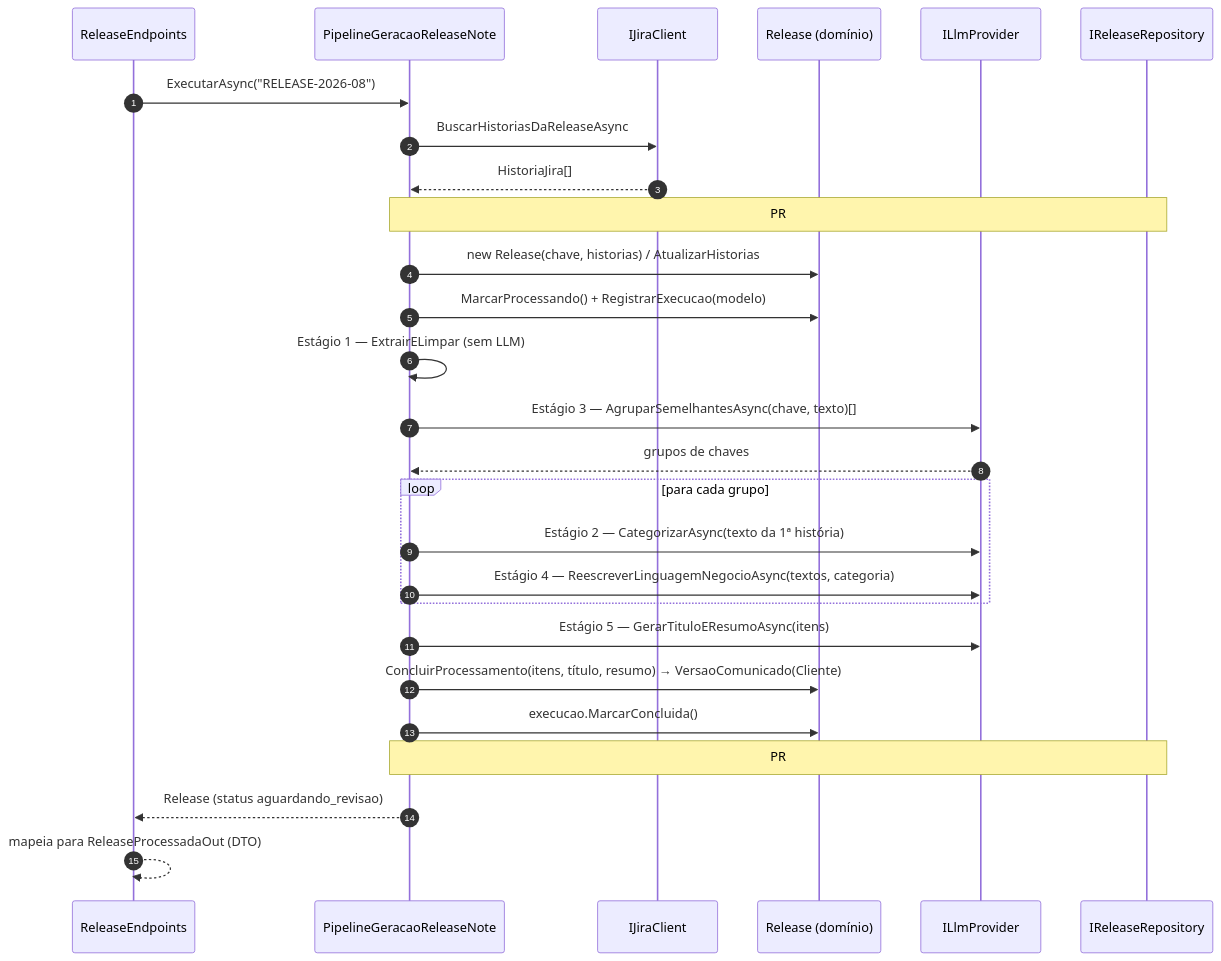
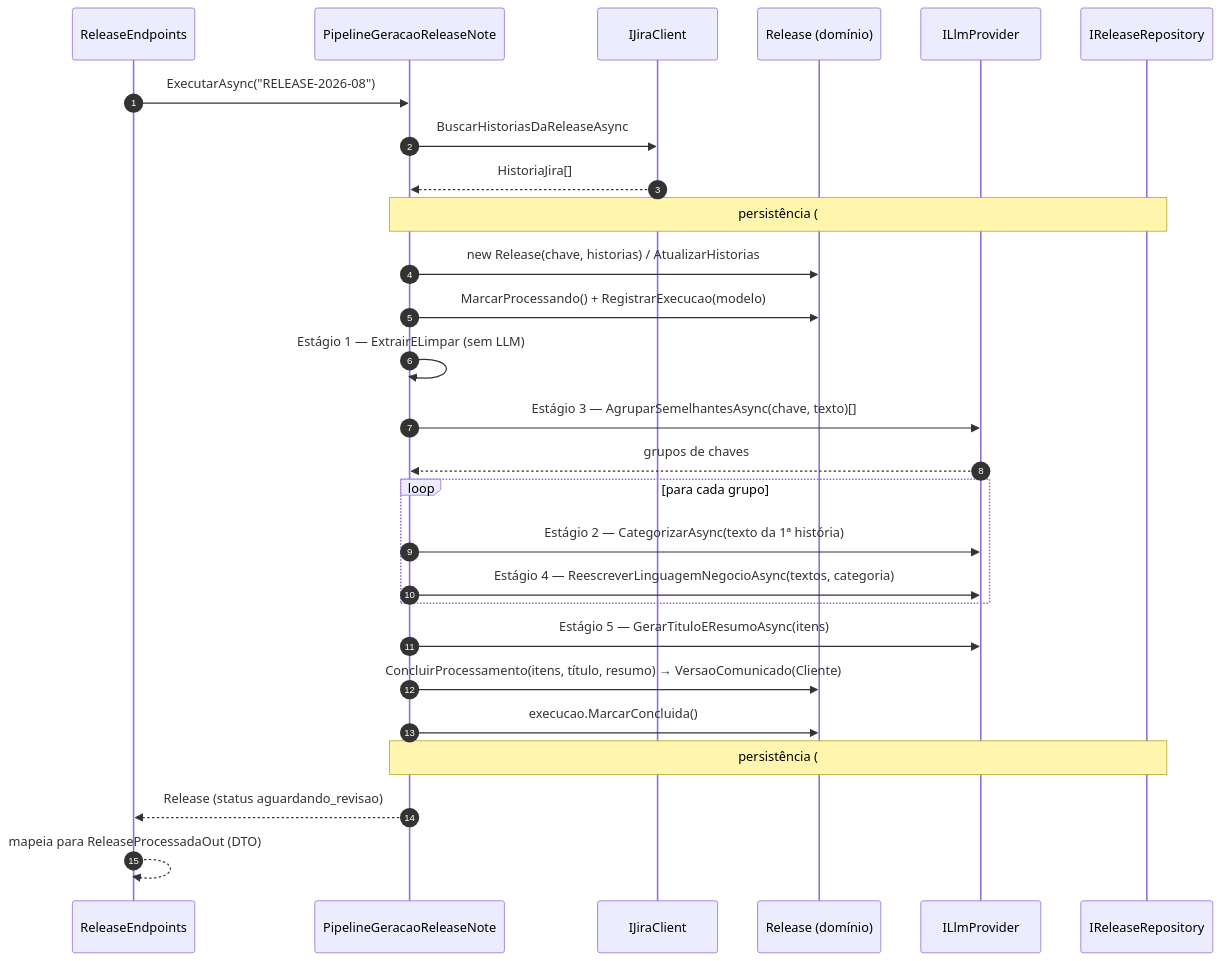
Before and after one commit to Douglas-dev404/squad78-invoisys: the fourth of 5 diagrams in README.md, drawn with Mermaid. The commit also changed other lines of this file and 6 other files, not shown here.

````diff
--- a/README.md
+++ b/README.md
@@ -155,30 +199,30 @@
 ```mermaid
 sequenceDiagram
     autonumber
     participant API as ReleaseEndpoints
     participant PL as PipelineGeracaoReleaseNote
     participant J as IJiraClient
     participant R as Release (domínio)
     participant L as ILlmProvider
     participant DB as IReleaseRepository
 
     API->>PL: ExecutarAsync("RELEASE-2026-08")
     PL->>J: BuscarHistoriasDaReleaseAsync
     J-->>PL: HistoriaJira[]
-    Note over PL,DB: PR #36: busca Release existente por chave (reprocessar não duplica)
+    Note over PL,DB: persistência (#20): busca Release existente por chave, reprocessar não duplica
     PL->>R: new Release(chave, historias) / AtualizarHistorias
     PL->>R: MarcarProcessando() + RegistrarExecucao(modelo)
     PL->>PL: Estágio 1 — ExtrairELimpar (sem LLM)
     PL->>L: Estágio 3 — AgruparSemelhantesAsync(chave, texto)[]
     L-->>PL: grupos de chaves
     loop para cada grupo
         PL->>L: Estágio 2 — CategorizarAsync(texto da 1ª história)
         PL->>L: Estágio 4 — ReescreverLinguagemNegocioAsync(textos, categoria)
     end
     PL->>L: Estágio 5 — GerarTituloEResumoAsync(itens)
     PL->>R: ConcluirProcessamento(itens, título, resumo) → VersaoComunicado(Cliente)
     PL->>R: execucao.MarcarConcluida()
-    Note over PL,DB: PR #36: SalvarAsync(release), inclusive no caminho de falha
+    Note over PL,DB: persistência (#20): SalvarAsync(release), inclusive no caminho de falha
     PL-->>API: Release (status aguardando_revisao)
     API-->>API: mapeia para ReleaseProcessadaOut (DTO)
 ```
````
